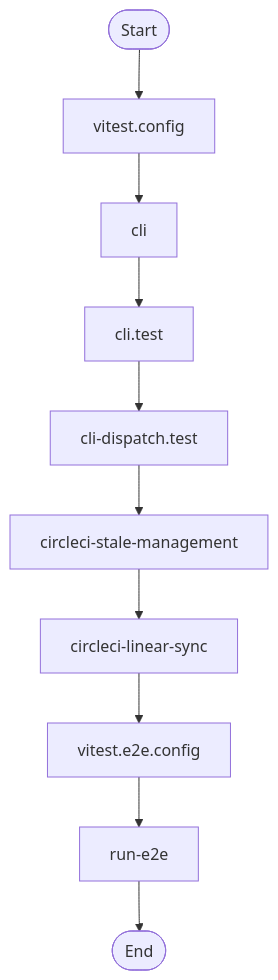
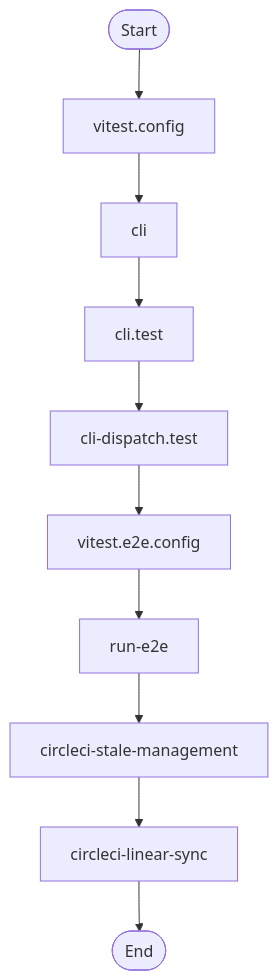
One commit to jscraik/coding-harness changed the seventh of 10 diagrams in AI/context/diagram-context.md. Above: the diagram before and after it, drawn with Mermaid. The commit also changed other lines of this file, not shown here.

First line of the commit message:
fix(validation): refresh session closeout diagram context

````diff
--- a/AI/context/diagram-context.md
+++ b/AI/context/diagram-context.md
@@ -2421,23 +2435,23 @@
 ```mermaid
 flowchart TD
   Start(["Start"])
   vitest_config_a9f1245e["vitest.config"]
   Start --> vitest_config_a9f1245e
   cli_99bb8840["cli"]
   vitest_config_a9f1245e --> cli_99bb8840
   cli_test_4851f28b["cli.test"]
   cli_99bb8840 --> cli_test_4851f28b
   cli_dispatch_test_54c9f17b["cli-dispatch.test"]
   cli_test_4851f28b --> cli_dispatch_test_54c9f17b
+  vitest_e2e_config_4e2a61bc["vitest.e2e.config"]
+  cli_dispatch_test_54c9f17b --> vitest_e2e_config_4e2a61bc
+  run_e2e_39efe696["run-e2e"]
+  vitest_e2e_config_4e2a61bc --> run_e2e_39efe696
   circleci_stale_management_664de1d9["circleci-stale-management"]
-  cli_dispatch_test_54c9f17b --> circleci_stale_management_664de1d9
+  run_e2e_39efe696 --> circleci_stale_management_664de1d9
   circleci_linear_sync_19c0d6da["circleci-linear-sync"]
   circleci_stale_management_664de1d9 --> circleci_linear_sync_19c0d6da
-  vitest_e2e_config_4e2a61bc["vitest.e2e.config"]
-  circleci_linear_sync_19c0d6da --> vitest_e2e_config_4e2a61bc
-  run_e2e_39efe696["run-e2e"]
-  vitest_e2e_config_4e2a61bc --> run_e2e_39efe696
   End(["End"])
-  run_e2e_39efe696 --> End
+  circleci_linear_sync_19c0d6da --> End
 
 ```
````
